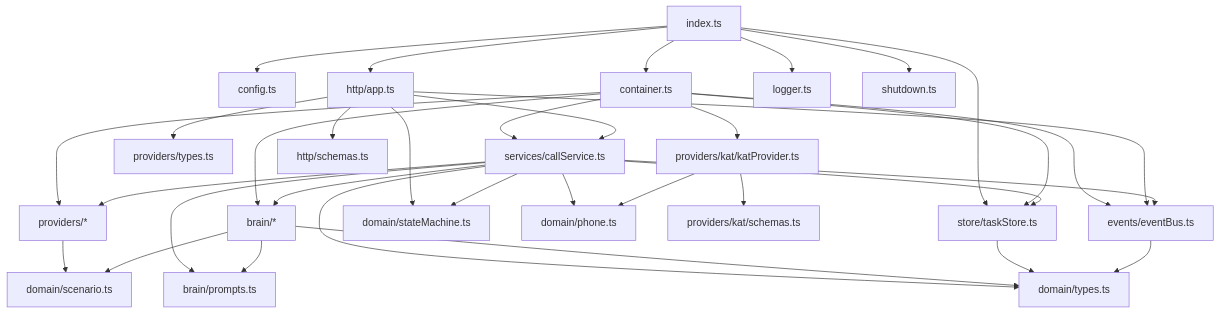
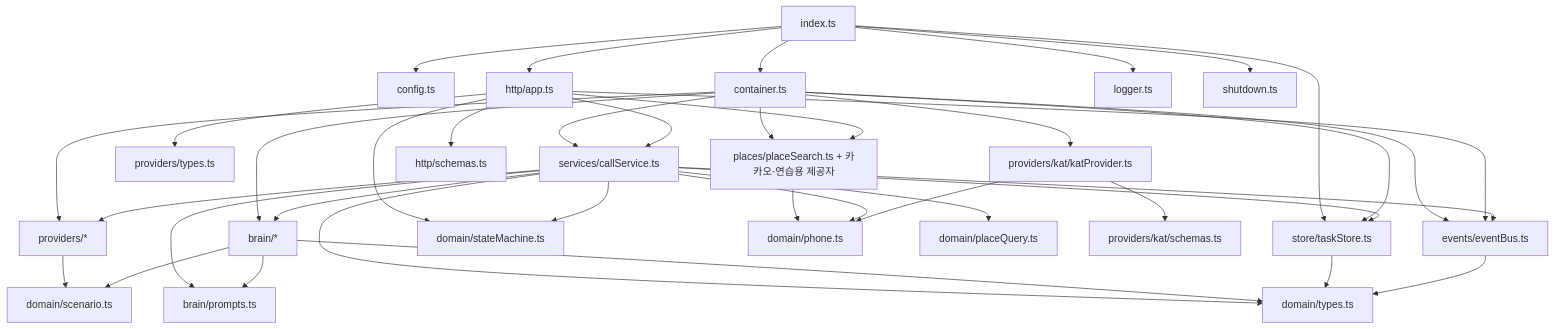
The first of 2 diagrams in .moai/project/codemaps/dependencies.md (Jason8117/jason-danmuzi), drawn with Mermaid before and after one commit. The commit also changed other lines of this file and 11 other files, not shown here.

````diff
--- a/.moai/project/codemaps/dependencies.md
+++ b/.moai/project/codemaps/dependencies.md
@@ -49,36 +50,40 @@
 ```mermaid
 flowchart TD
   index[index.ts] --> config[config.ts]
   index --> container[container.ts]
   index --> http[http/app.ts]
   index --> store[store/taskStore.ts]
   index --> logger[logger.ts]
   container --> brain[brain/*]
   container --> providers[providers/*]
   container --> service[services/callService.ts]
   container --> events[events/eventBus.ts]
   container --> store
   http --> service
   http --> events
   http --> ptypes[providers/types.ts]
   http --> sm[domain/stateMachine.ts]
   index --> shutdown[shutdown.ts]
   container --> kat[providers/kat/katProvider.ts]
+  container --> places[places/placeSearch.ts + 카카오·연습용 제공자]
+  http --> places
+  places --> phone
+  service --> pq[domain/placeQuery.ts]
   service --> phone[domain/phone.ts]
   service --> prompts
   http --> schemas[http/schemas.ts]
   service --> brain
   service --> providers
   service --> store
   service --> events
   service --> sm
   service --> types[domain/types.ts]
   providers --> scenario[domain/scenario.ts]
   brain --> scenario
   brain --> prompts[brain/prompts.ts]
   kat --> phone
   kat --> katschemas[providers/kat/schemas.ts]
   brain --> types
   store --> types
   events --> types
 ```
````
